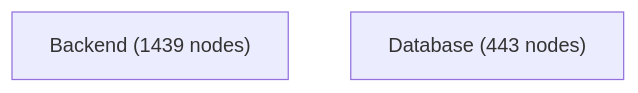
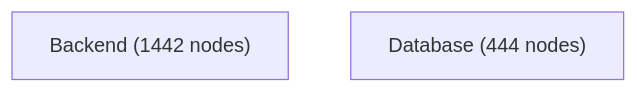
Before and after one commit to jankneumann/agentic-coding-tools: the diagram in docs/architecture-analysis/views/containers.mmd, drawn with Mermaid. The commit also changed 12 other files, not shown here.

Commit message:
docs(architecture): refresh after ri-16 archive

```diff
--- a/docs/architecture-analysis/views/containers.mmd
+++ b/docs/architecture-analysis/views/containers.mmd
@@ -1,3 +1,3 @@
 flowchart TB
-    Backend["Backend (1439 nodes)"]
-    Database["Database (443 nodes)"]
+    Backend["Backend (1442 nodes)"]
+    Database["Database (444 nodes)"]
```
